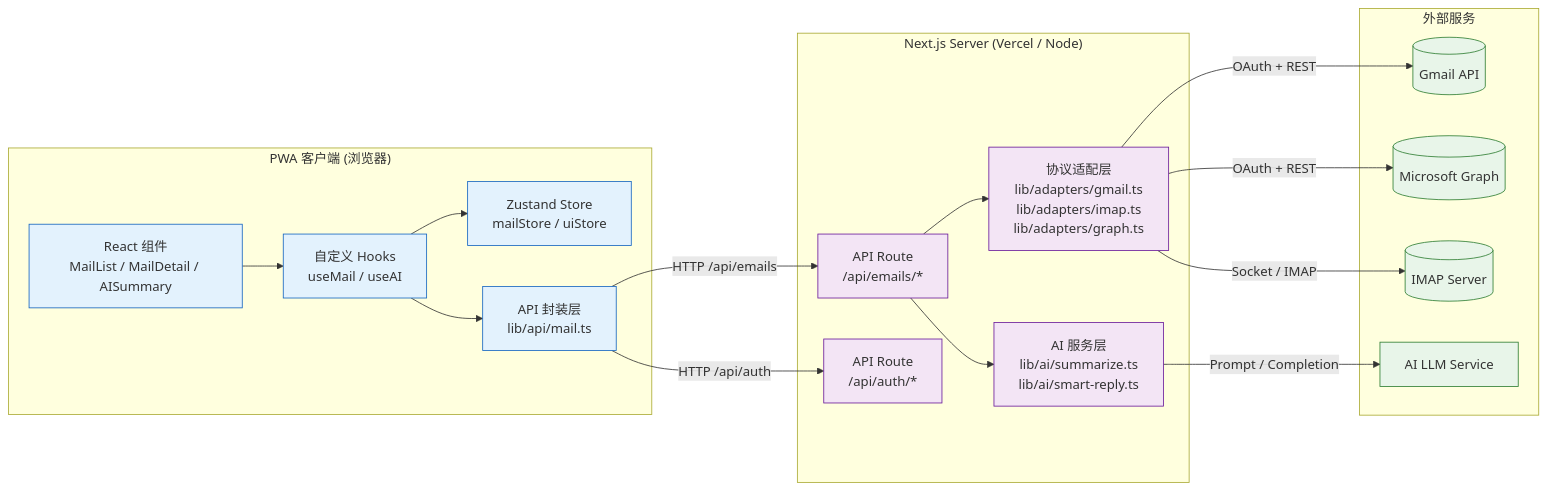
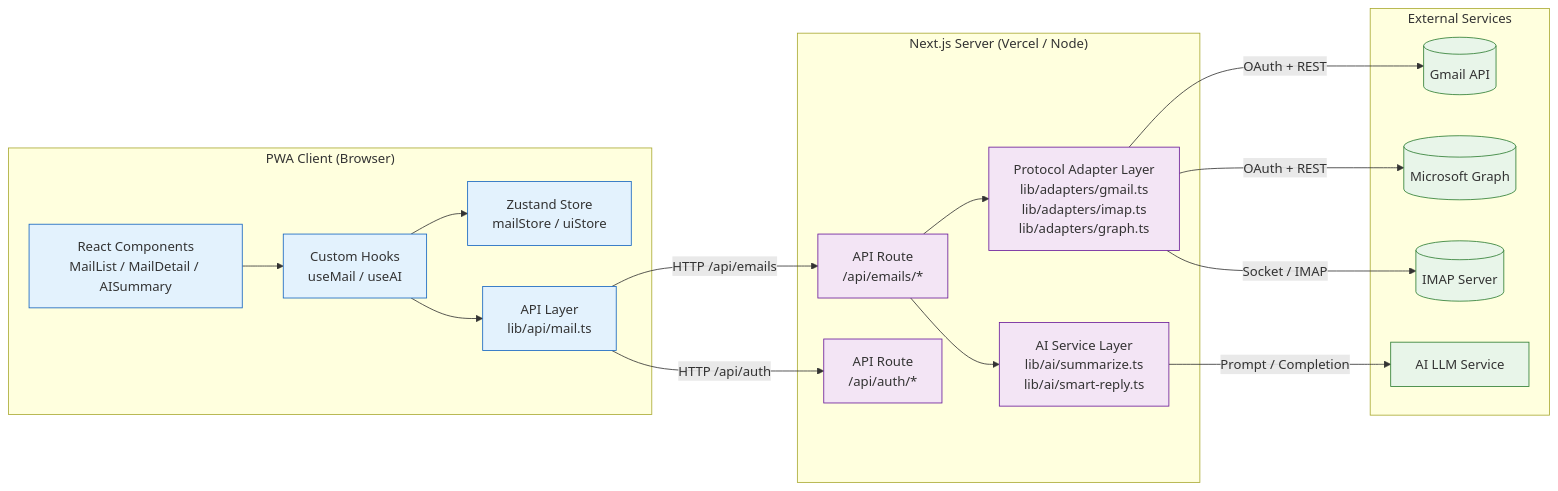
Before and after one commit to KaggleAlbertaAI/ai-email-client: the diagram in ARCHITECTURE.md, drawn with Mermaid. The commit also changed other lines of this file and 3 other files, not shown here.

````diff
--- a/ARCHITECTURE.md
+++ b/ARCHITECTURE.md
@@ -26,42 +26,42 @@
 ```mermaid
 flowchart LR
-    subgraph Client["PWA 客户端 (浏览器)"]
-        UI[React 组件<br/>MailList / MailDetail / AISummary]
-        Hook[自定义 Hooks<br/>useMail / useAI]
+    subgraph Client["PWA Client (Browser)"]
+        UI[React Components<br/>MailList / MailDetail / AISummary]
+        Hook[Custom Hooks<br/>useMail / useAI]
         Store[Zustand Store<br/>mailStore / uiStore]
-        API_Client[API 封装层<br/>lib/api/mail.ts]
+        API_Client[API Layer<br/>lib/api/mail.ts]
     end
 
     subgraph NextJS["Next.js Server (Vercel / Node)"]
         API_Email["API Route<br/>/api/emails/*"]
         API_Auth["API Route<br/>/api/auth/*"]
-        Adapter["协议适配层<br/>lib/adapters/gmail.ts<br/>lib/adapters/imap.ts<br/>lib/adapters/graph.ts"]
-        AI_Svc["AI 服务层<br/>lib/ai/summarize.ts<br/>lib/ai/smart-reply.ts"]
+        Adapter["Protocol Adapter Layer<br/>lib/adapters/gmail.ts<br/>lib/adapters/imap.ts<br/>lib/adapters/graph.ts"]
+        AI_Svc["AI Service Layer<br/>lib/ai/summarize.ts<br/>lib/ai/smart-reply.ts"]
     end
 
-    subgraph External["外部服务"]
+    subgraph External["External Services"]
         Gmail[(Gmail API)]
         Graph[(Microsoft Graph)]
         IMAP[(IMAP Server)]
         LLM[AI LLM Service]
     end
 
     UI --> Hook
     Hook --> Store
     Hook --> API_Client
     API_Client -->|HTTP /api/emails| API_Email
     API_Client -->|HTTP /api/auth| API_Auth
     API_Email --> Adapter
     API_Email --> AI_Svc
     Adapter -->|OAuth + REST| Gmail
     Adapter -->|OAuth + REST| Graph
     Adapter -->|Socket / IMAP| IMAP
     AI_Svc -->|Prompt / Completion| LLM
 
     classDef client fill:#e3f2fd,stroke:#1565c0
     classDef server fill:#f3e5f5,stroke:#6a1b9a
     classDef external fill:#e8f5e9,stroke:#2e7d32
     class UI,Hook,Store,API_Client client
     class API_Email,API_Auth,Adapter,AI_Svc server
     class Gmail,Graph,IMAP,LLM external
 ```
````
